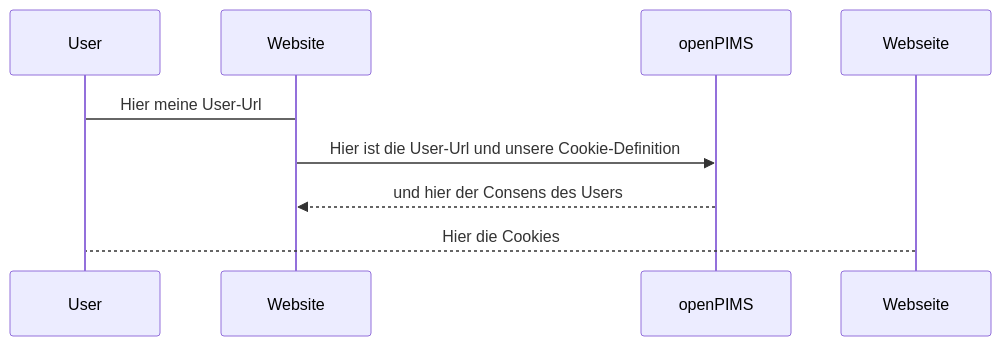
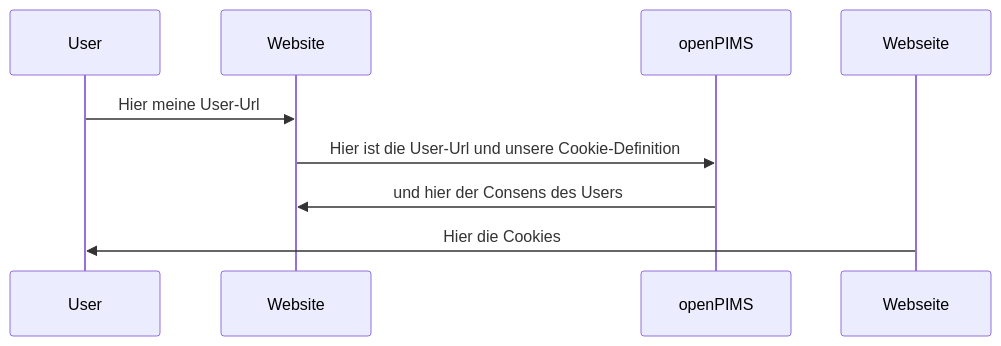
Before and after one commit to openpims/openpims: the third of 3 diagrams in README.md, drawn with Mermaid.

````diff
--- a/README.md
+++ b/README.md
@@ -68,7 +68,7 @@
 ```mermaid
   sequenceDiagram
-    User->Website: Hier meine User-Url
+    User->>Website: Hier meine User-Url
     Website->>openPIMS: Hier ist die User-Url und unsere Cookie-Definition
-    openPIMS-->>Website: und hier der Consens des Users
-    Webseite-->User: Hier die Cookies
+    openPIMS->>Website: und hier der Consens des Users
+    Webseite->>User: Hier die Cookies
 ```
````
